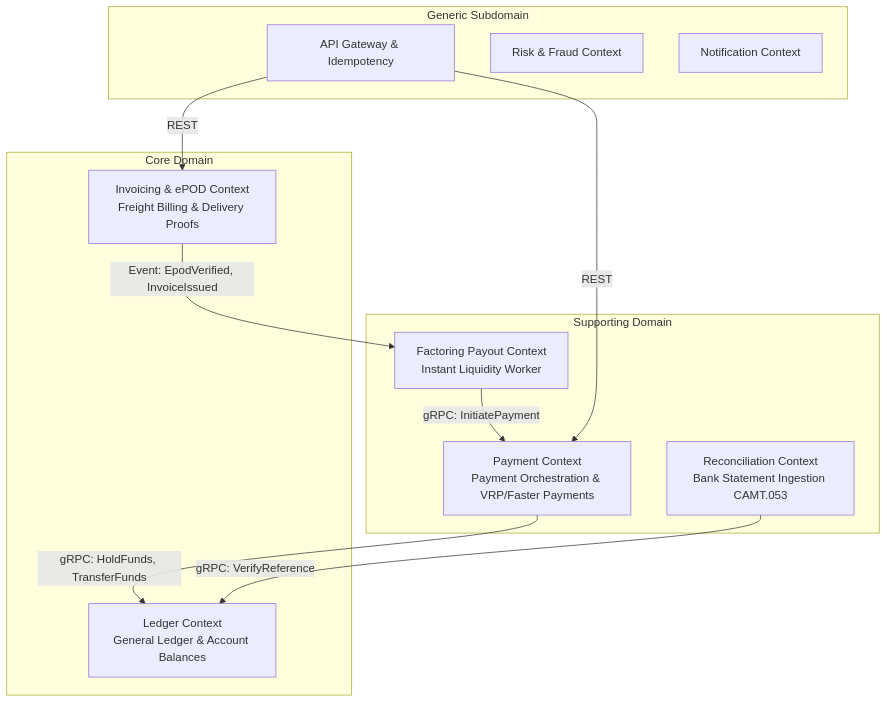
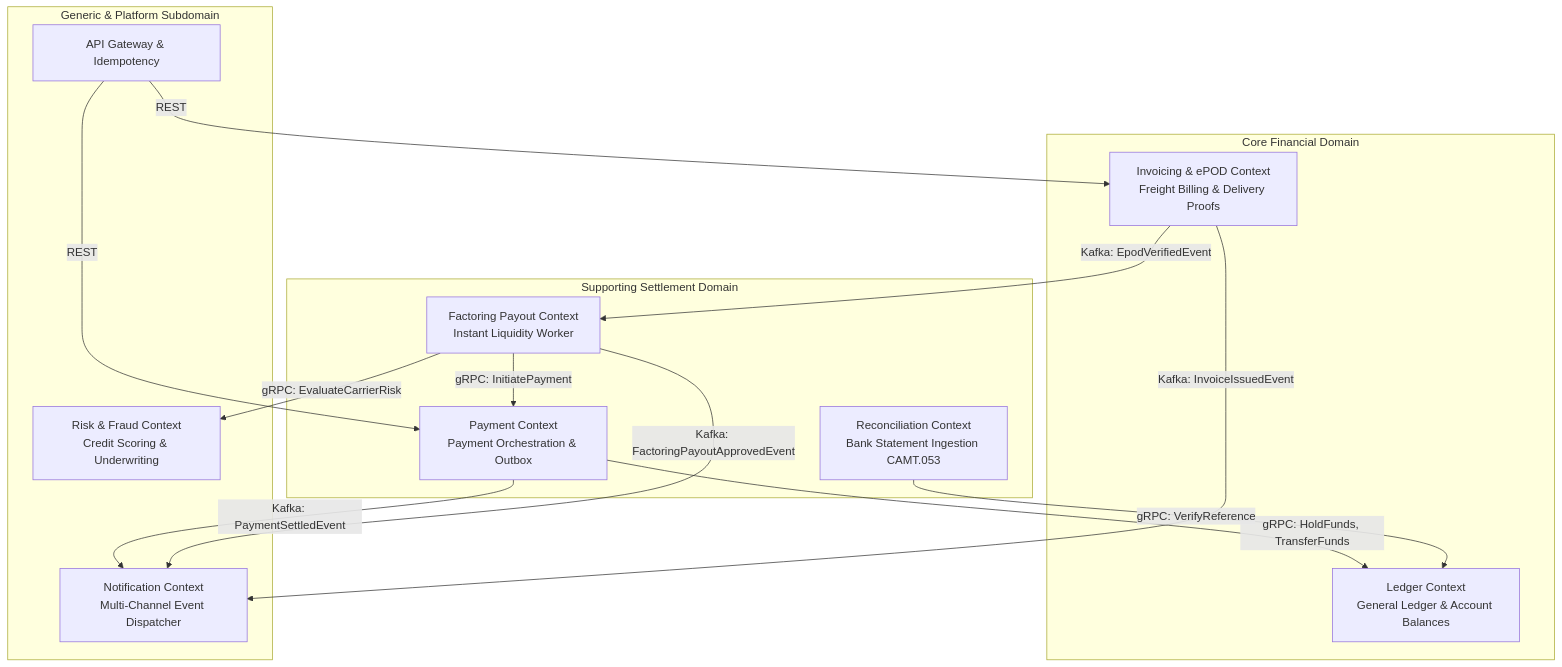
Before and after one commit to netologist/smartpay-system: the diagram in docs/architecture/high-level-architecture.md, drawn with Mermaid. The commit also changed other lines of this file and 3 other files, not shown here.

First line of the commit message:
docs(architecture): integrate Risk and Notification bounded contexts across high-level architecture, use cases, and gRPC guide

````diff
--- a/docs/architecture/high-level-architecture.md
+++ b/docs/architecture/high-level-architecture.md
@@ -18,26 +18,30 @@
 ```mermaid
 graph TD
-    subgraph CoreDomain[Core Domain]
+    subgraph CoreDomain[Core Financial Domain]
         LedgerBC[Ledger Context<br/>General Ledger & Account Balances]
         InvoiceBC[Invoicing & ePOD Context<br/>Freight Billing & Delivery Proofs]
     end
 
-    subgraph SupportingDomain[Supporting Domain]
-        PaymentBC[Payment Context<br/>Payment Orchestration & VRP/Faster Payments]
+    subgraph SupportingDomain[Supporting Settlement Domain]
+        PaymentBC[Payment Context<br/>Payment Orchestration & Outbox]
         PayoutBC[Factoring Payout Context<br/>Instant Liquidity Worker]
         ReconBC[Reconciliation Context<br/>Bank Statement Ingestion CAMT.053]
     end
 
-    subgraph GenericDomain[Generic Subdomain]
+    subgraph GenericDomain[Generic & Platform Subdomain]
         GatewayBC[API Gateway & Idempotency]
-        RiskBC[Risk & Fraud Context]
-        NotificationBC[Notification Context]
+        RiskBC[Risk & Fraud Context<br/>Credit Scoring & Underwriting]
+        NotificationBC[Notification Context<br/>Multi-Channel Event Dispatcher]
     end
 
-    InvoiceBC -->|Event: EpodVerified, InvoiceIssued| PayoutBC
+    InvoiceBC -->|Kafka: EpodVerifiedEvent| PayoutBC
+    PayoutBC -->|gRPC: EvaluateCarrierRisk| RiskBC
     PayoutBC -->|gRPC: InitiatePayment| PaymentBC
     PaymentBC -->|gRPC: HoldFunds, TransferFunds| LedgerBC
     ReconBC -->|gRPC: VerifyReference| LedgerBC
     GatewayBC -->|REST| InvoiceBC
     GatewayBC -->|REST| PaymentBC
+    InvoiceBC -->|Kafka: InvoiceIssuedEvent| NotificationBC
+    PaymentBC -->|Kafka: PaymentSettledEvent| NotificationBC
+    PayoutBC -->|Kafka: FactoringPayoutApprovedEvent| NotificationBC
 ```
````
